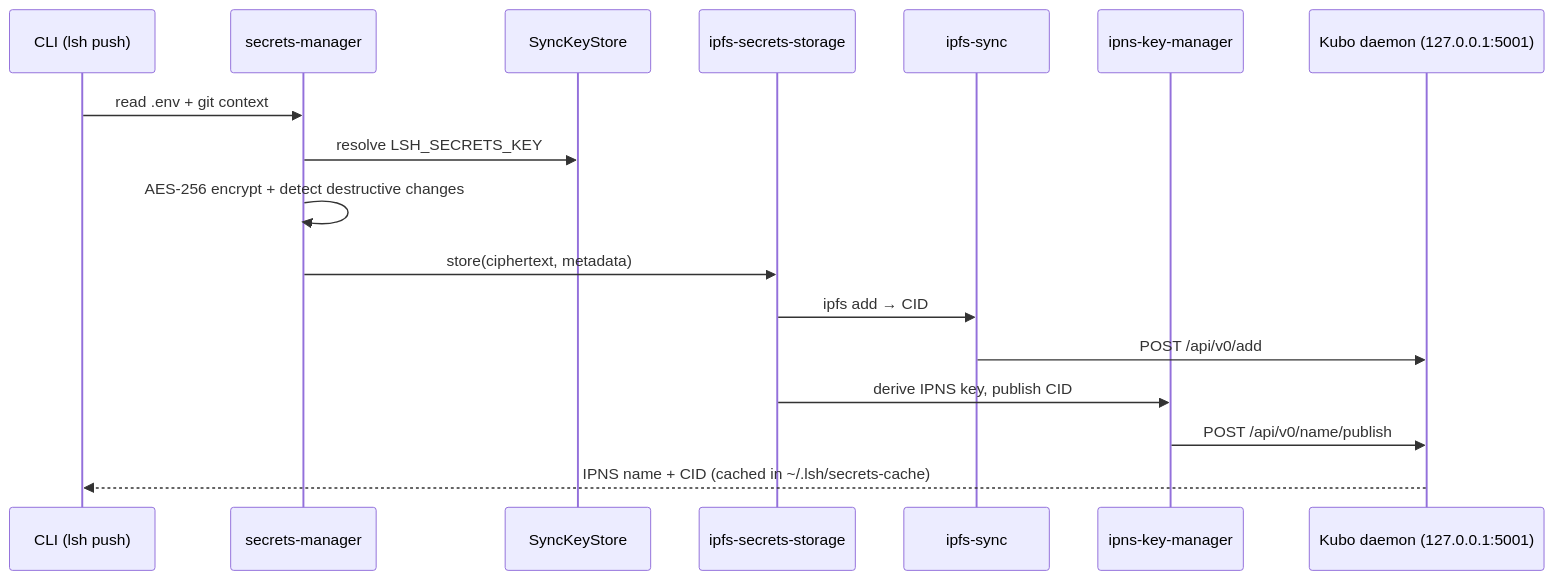
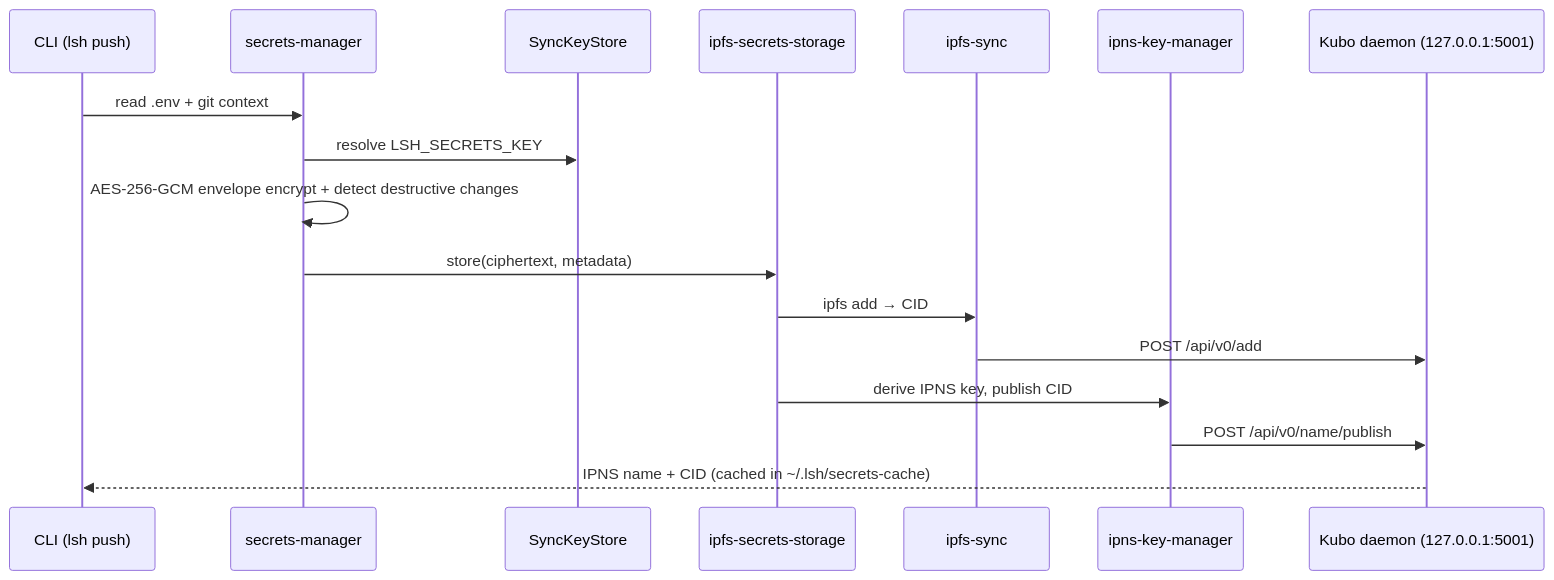
One commit to gwicho38/lsh changed the second of 3 diagrams in docs/ARCHITECTURE.md. Above: the diagram before and after it, drawn with Mermaid. The commit also changed other lines of this file and 18 other files, not shown here.

````diff
--- a/docs/ARCHITECTURE.md
+++ b/docs/ARCHITECTURE.md
@@ -133,20 +135,20 @@
 ```mermaid
 sequenceDiagram
     participant U as CLI (lsh push)
     participant S as secrets-manager
     participant K as SyncKeyStore
     participant St as ipfs-secrets-storage
     participant Sy as ipfs-sync
     participant N as ipns-key-manager
     participant Kubo as Kubo daemon (127.0.0.1:5001)
 
     U->>S: read .env + git context
     S->>K: resolve LSH_SECRETS_KEY
-    S->>S: AES-256 encrypt + detect destructive changes
+    S->>S: AES-256-GCM envelope encrypt + detect destructive changes
     S->>St: store(ciphertext, metadata)
     St->>Sy: ipfs add → CID
     Sy->>Kubo: POST /api/v0/add
     St->>N: derive IPNS key, publish CID
     N->>Kubo: POST /api/v0/name/publish
     Kubo-->>U: IPNS name + CID (cached in ~/.lsh/secrets-cache)
 ```
````
